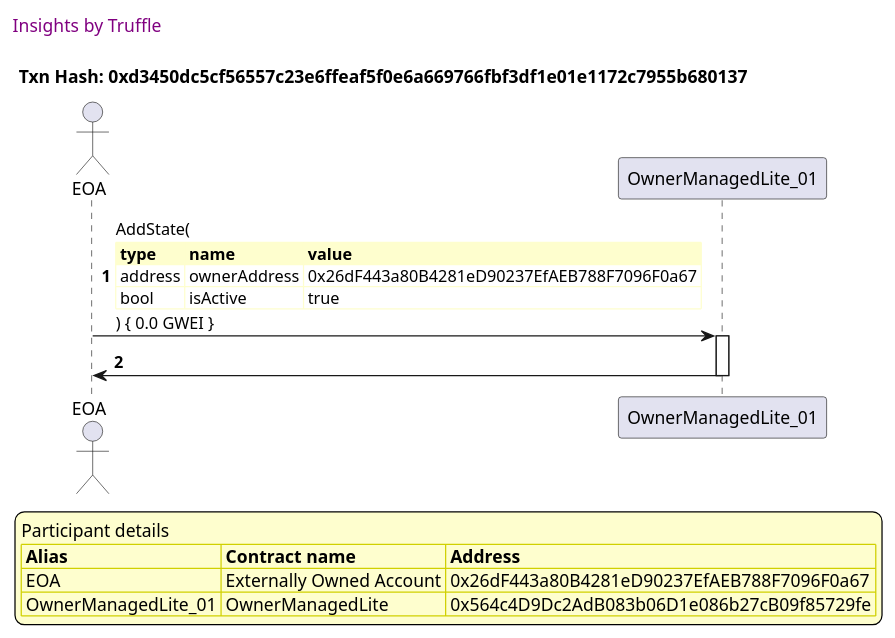
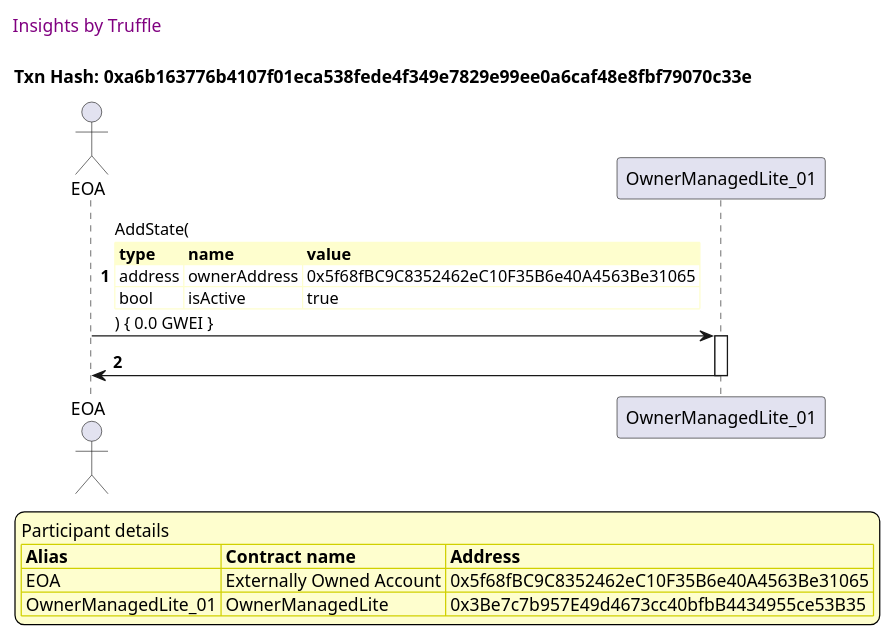
One commit to thedarkjester/ConsensysAssignment changed the fifth of 16 diagrams in truffle-seq/OwnerManagedLite_test_activate_deactivate_dapp.md. Above: the diagram before and after it, drawn with PlantUML. The commit also changed other lines of this file and 13 other files, not shown here.

````diff
--- a/truffle-seq/OwnerManagedLite_test_activate_deactivate_dapp.md
+++ b/truffle-seq/OwnerManagedLite_test_activate_deactivate_dapp.md
@@ -197,41 +197,41 @@
 ```plantuml
 
 
 @startuml
 
 autonumber
 skinparam legendBackgroundColor #FEFECE
 
 <style>
       header {
         HorizontalAlignment left
         FontColor purple
         FontSize 14
         Padding 10
       }
     </style>
 
 header Insights by Truffle
 
-title Txn Hash: 0xd3450dc5cf56557c23e6ffeaf5f0e6a669766fbf3df1e01e1172c7955b680137
+title Txn Hash: 0xa6b163776b4107f01eca538fede4f349e7829e99ee0a6caf48e8fbf79070c33e
 
 
 actor EOA as "EOA"
 participant OwnerManagedLite_01 as "OwnerManagedLite_01"
 
 "EOA" -> "OwnerManagedLite_01" ++: AddState(\n\
 <#FEFECE,#FEFECE>|= type |= name |= value |\n\
-| address | ownerAddress | 0x26dF443a80B4281eD90237EfAEB788F7096F0a67 |\n\
+| address | ownerAddress | 0x5f68fBC9C8352462eC10F35B6e40A4563Be31065 |\n\
 | bool | isActive | true |\n\
 ) { 0.0 GWEI }
 "OwnerManagedLite_01" -> "EOA" --: 
 
 legend
 Participant details
 <#FEFECE,#D0D000>|= Alias |= Contract name |= Address |
-<#FEFECE>| EOA | Externally Owned Account | 0x26dF443a80B4281eD90237EfAEB788F7096F0a67 |
-<#FEFECE>| OwnerManagedLite_01 | OwnerManagedLite | 0x564c4D9Dc2AdB083b06D1e086b27cB09f85729fe |
+<#FEFECE>| EOA | Externally Owned Account | 0x5f68fBC9C8352462eC10F35B6e40A4563Be31065 |
+<#FEFECE>| OwnerManagedLite_01 | OwnerManagedLite | 0x3Be7c7b957E49d4673cc40bfbB4434955ce53B35 |
 endlegend
 
 @enduml
 ```
````
